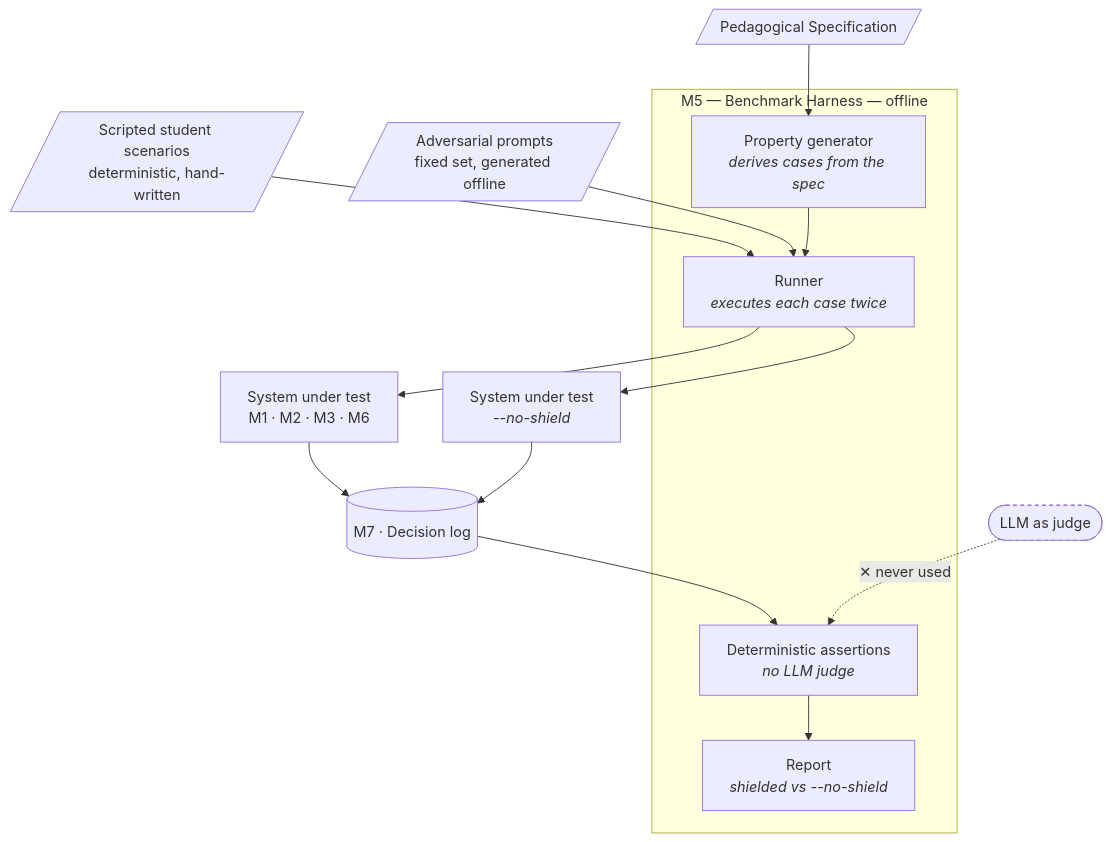
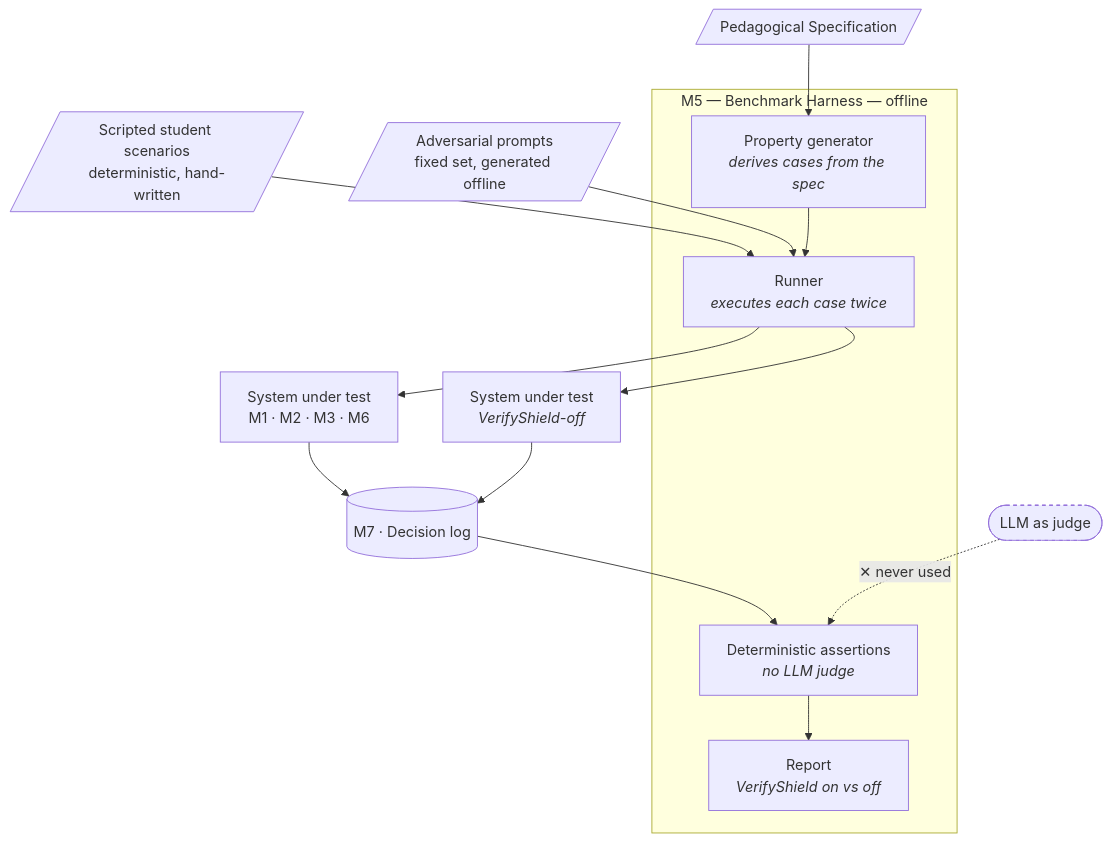
One commit to Bill2926/COS40005_HN9_Verifiable_Co-Learner_Agent changed the diagram in system_research/M5-Benchmark-Harness.md. Above: the diagram before and after it, drawn with Mermaid. The commit also changed other lines of this file and 54 other files, not shown here.

````diff
--- a/system_research/M5-Benchmark-Harness.md
+++ b/system_research/M5-Benchmark-Harness.md
@@ -36,34 +36,34 @@
 ```mermaid
 flowchart TB
     SPEC[/"Pedagogical Specification"/]
     SCEN[/"Scripted student scenarios<br/>deterministic, hand-written"/]
     ADV[/"Adversarial prompts<br/>fixed set, generated offline"/]
 
     subgraph M5["M5 — Benchmark Harness — offline"]
         GEN["Property generator<br/><i>derives cases from the spec</i>"]
         RUN["Runner<br/><i>executes each case twice</i>"]
         ASSERT["Deterministic assertions<br/><i>no LLM judge</i>"]
-        REPORT["Report<br/><i>shielded vs --no-shield</i>"]
+        REPORT["Report<br/><i>VerifyShield on vs off</i>"]
     end
 
     SUT["System under test<br/>M1 · M2 · M3 · M6"]
-    NOSHIELD["System under test<br/><i>--no-shield</i>"]
+    NOSHIELD["System under test<br/><i>VerifyShield-off</i>"]
     M7[("M7 · Decision log")]
 
     SPEC --> GEN
     SCEN --> RUN
     ADV --> RUN
     GEN --> RUN
 
     RUN --> SUT
     RUN --> NOSHIELD
     SUT --> M7
     NOSHIELD --> M7
     M7 --> ASSERT
     ASSERT --> REPORT
 
     JUDGE(["LLM as judge"]) -.->|"✕ never used"| ASSERT
 
     classDef blocked stroke-dasharray: 4 4
     class JUDGE blocked
 ```
````
